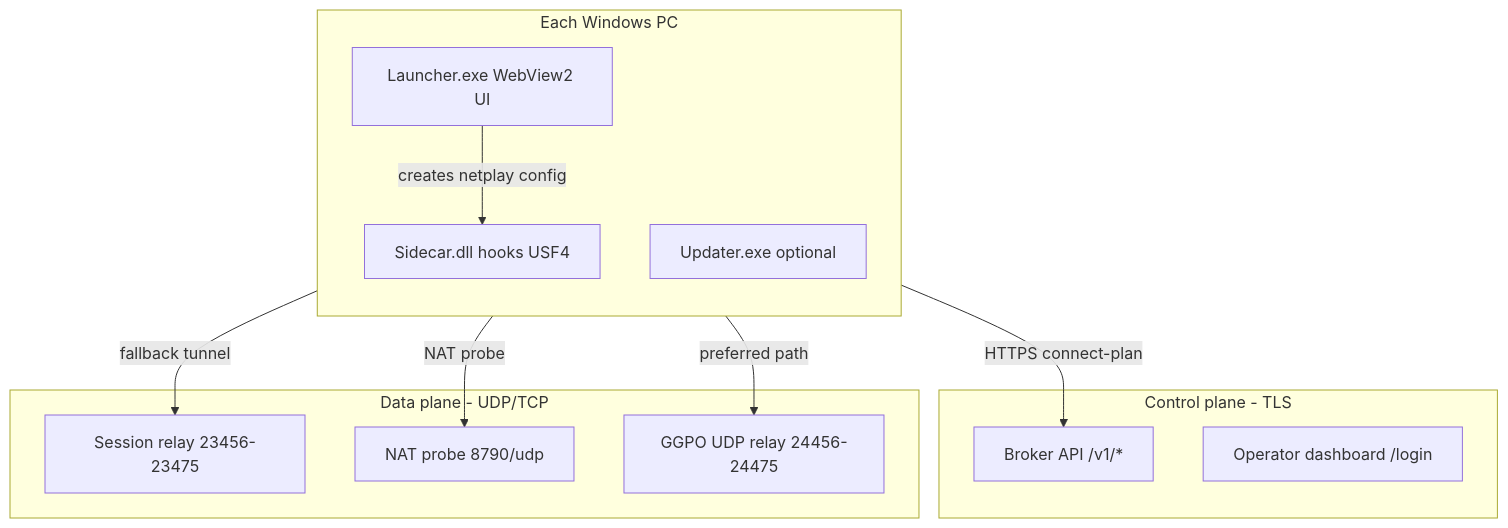
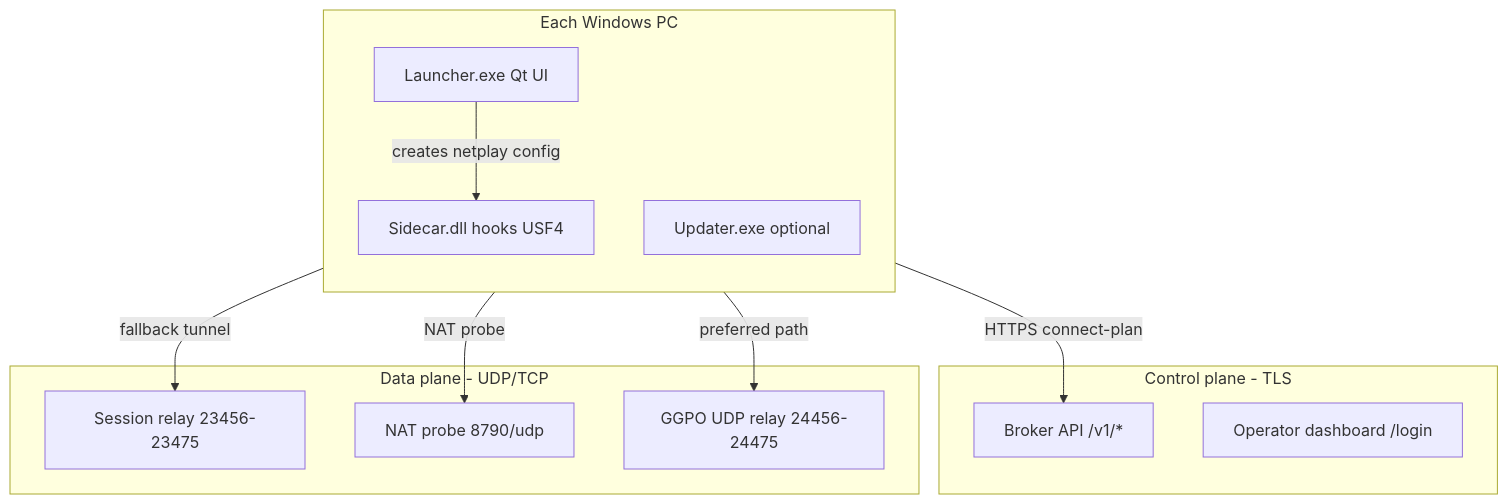
Before and after one commit to Confetti3/SF4-Ember-Netplay: the second of 2 diagrams in README.md, drawn with Mermaid. The commit also changed other lines of this file and 53 other files, not shown here.

````diff
--- a/README.md
+++ b/README.md
@@ -61,26 +61,26 @@
 ```mermaid
 flowchart TB
   subgraph windows [Each Windows PC]
     direction TB
-    L[Launcher.exe WebView2 UI]
+    L[Launcher.exe Qt UI]
     U[Updater.exe optional]
     S[Sidecar.dll hooks USF4]
     L -->|creates netplay config| S
   end
 
   subgraph control [Control plane - TLS]
     B["Broker API /v1/*"]
     D[Operator dashboard /login]
   end
 
   subgraph data [Data plane - UDP/TCP]
     GNS["Session relay 23456-23475"]
     NAT["NAT probe 8790/udp"]
     GGPO["GGPO UDP relay 24456-24475"]
   end
 
   L -->|HTTPS connect-plan| B
   L -->|NAT probe| NAT
   S -->|preferred path| GGPO
   S -->|fallback tunnel| GNS
 ```
````
